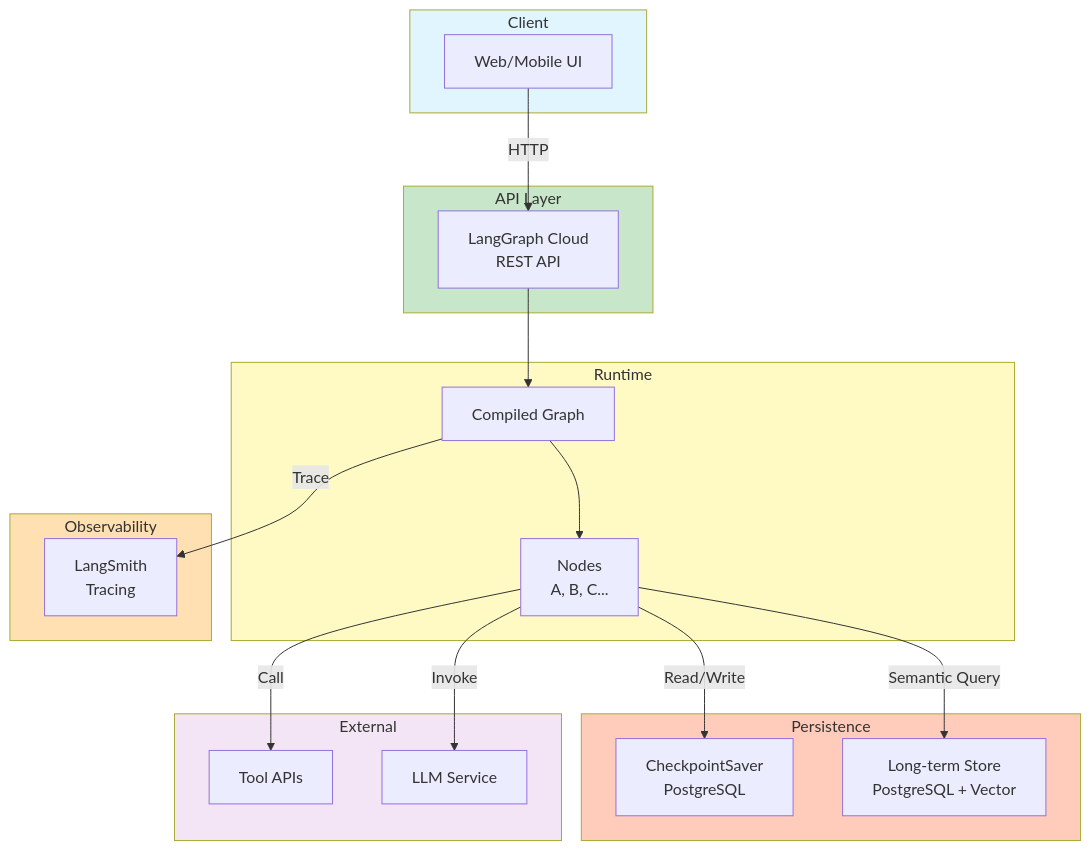
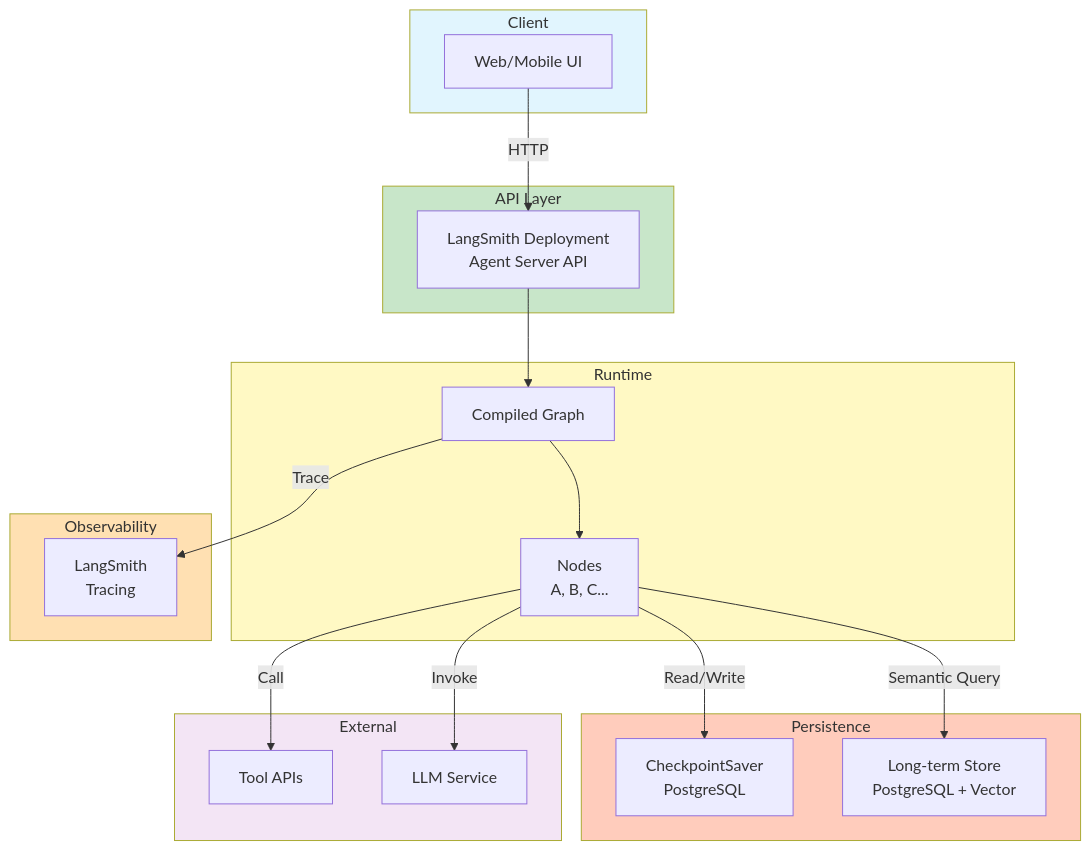
Before and after one commit to CodeHalwell/AgentGuides: diagram 17 of 22 in src/content/docs/langgraph-guide/python/langgraph_diagrams.md, drawn with Mermaid. The commit also changed 49 other files, not shown here.

````diff
--- a/src/content/docs/langgraph-guide/python/langgraph_diagrams.md
+++ b/src/content/docs/langgraph-guide/python/langgraph_diagrams.md
@@ -397,45 +397,45 @@
 ```mermaid
 graph TB
     subgraph Client["Client"]
         UI["Web/Mobile UI"]
     end
     
     subgraph API["API Layer"]
-        LGCloud["LangGraph Cloud<br/>REST API"]
+        LGCloud["LangSmith Deployment<br/>Agent Server API"]
     end
     
     subgraph Runtime["Runtime"]
         Graph["Compiled Graph"]
         Nodes["Nodes<br/>A, B, C..."]
     end
     
     subgraph Memory["Persistence"]
         CheckS["CheckpointSaver<br/>PostgreSQL"]
         Store["Long-term Store<br/>PostgreSQL + Vector"]
     end
     
     subgraph External["External"]
         Tools["Tool APIs"]
         LLM["LLM Service"]
     end
     
     subgraph Observe["Observability"]
         LangSmith["LangSmith<br/>Tracing"]
     end
     
     UI -->|HTTP| LGCloud
     LGCloud --> Graph
     Graph --> Nodes
     Nodes -->|Read/Write| CheckS
     Nodes -->|Semantic Query| Store
     Nodes -->|Call| Tools
     Nodes -->|Invoke| LLM
     Graph -->|Trace| LangSmith
     
     style Client fill:#e1f5fe
     style API fill:#c8e6c9
     style Runtime fill:#fff9c4
     style Memory fill:#ffccbc
     style External fill:#f3e5f5
     style Observe fill:#ffe0b2
 ```
````
